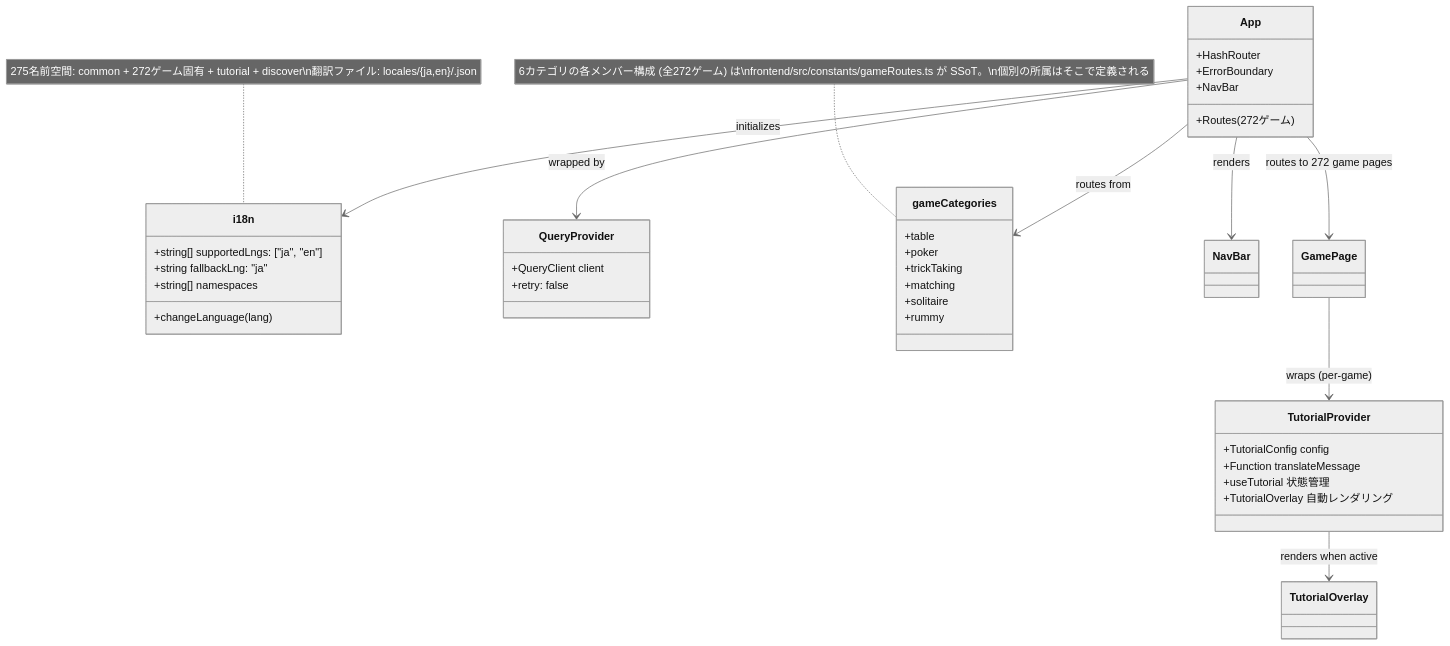
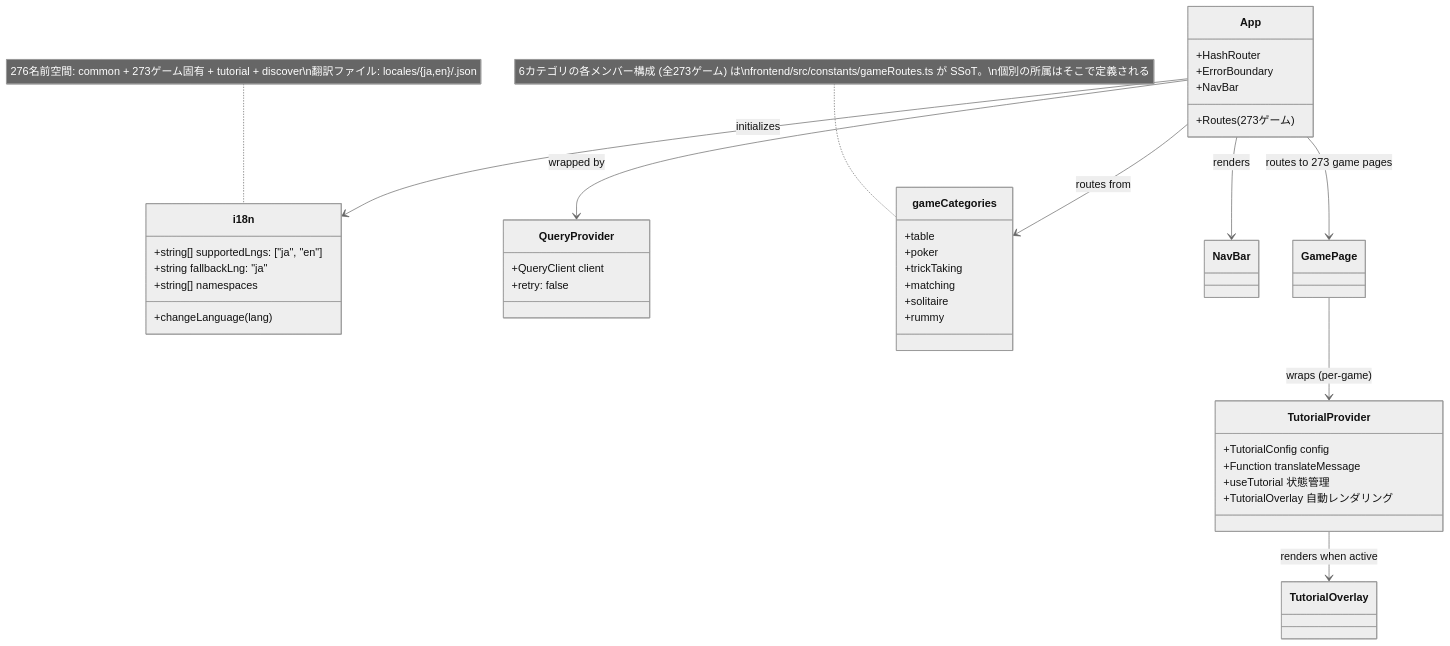
Before and after one commit to yuta-yoshinaga/go_trumpcards: the ninth of 49 diagrams in docs/design/frontend.md, drawn with Mermaid (neutral theme). The commit also changed other lines of this file and 62 other files, not shown here.

````diff
--- a/docs/design/frontend.md
+++ b/docs/design/frontend.md
@@ -1869,48 +1869,48 @@
 ```mermaid
 classDiagram
     class i18n {
         +string[] supportedLngs: ["ja", "en"]
         +string fallbackLng: "ja"
         +string[] namespaces
         +changeLanguage(lang)
     }
 
     class QueryProvider {
         +QueryClient client
         +retry: false
     }
 
     class App {
         +HashRouter
         +ErrorBoundary
         +NavBar
-        +Routes (272ゲーム)
+        +Routes (273ゲーム)
     }
 
     class gameCategories {
         +table
         +poker
         +trickTaking
         +matching
         +solitaire
         +rummy
     }
-    note for gameCategories "6カテゴリの各メンバー構成 (全272ゲーム) は\nfrontend/src/constants/gameRoutes.ts が SSoT。\n個別の所属はそこで定義される"
+    note for gameCategories "6カテゴリの各メンバー構成 (全273ゲーム) は\nfrontend/src/constants/gameRoutes.ts が SSoT。\n個別の所属はそこで定義される"
 
     class TutorialProvider {
         +TutorialConfig config
         +Function translateMessage
         +useTutorial 状態管理
         +TutorialOverlay 自動レンダリング
     }
 
     App --> QueryProvider : wrapped by
     App --> i18n : initializes
     App --> gameCategories : routes from
     App --> NavBar : renders
-    App --> GamePage : routes to 272 game pages
+    App --> GamePage : routes to 273 game pages
     GamePage --> TutorialProvider : wraps (per-game)
     TutorialProvider --> TutorialOverlay : renders when active
 
-    note for i18n "275名前空間: common + 272ゲーム固有 + tutorial + discover\n翻訳ファイル: locales/{ja,en}/<game>.json"
+    note for i18n "276名前空間: common + 273ゲーム固有 + tutorial + discover\n翻訳ファイル: locales/{ja,en}/<game>.json"
 ```
````
